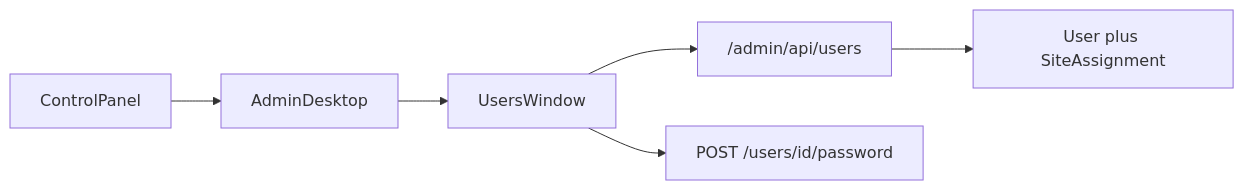
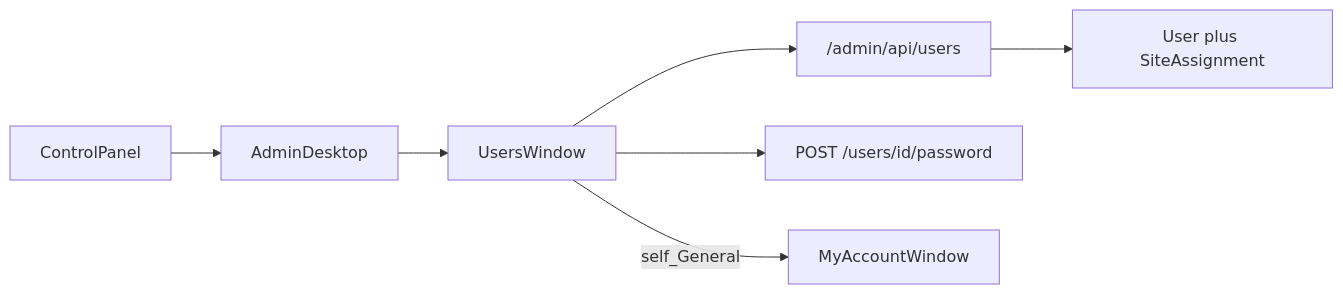
One commit to Gixx/WebHemi changed the diagram in docs/plan/Users_Window.md. Above: the diagram before and after it, drawn with Mermaid. The commit also changed other lines of this file and 3 other files, not shown here.

First line of the commit message:
docs: Add My Account plan and refresh Users window notes.

````diff
--- a/docs/plan/Users_Window.md
+++ b/docs/plan/Users_Window.md
@@ -25,8 +27,9 @@
 ```mermaid
 flowchart LR
   CP[ControlPanel] --> AD[AdminDesktop]
   AD --> UW[UsersWindow]
   UW --> API["/admin/api/users"]
   UW --> PW["POST /users/id/password"]
+  UW -->|self_General| MA[MyAccountWindow]
   API --> Ent[User plus SiteAssignment]
 ```
````
